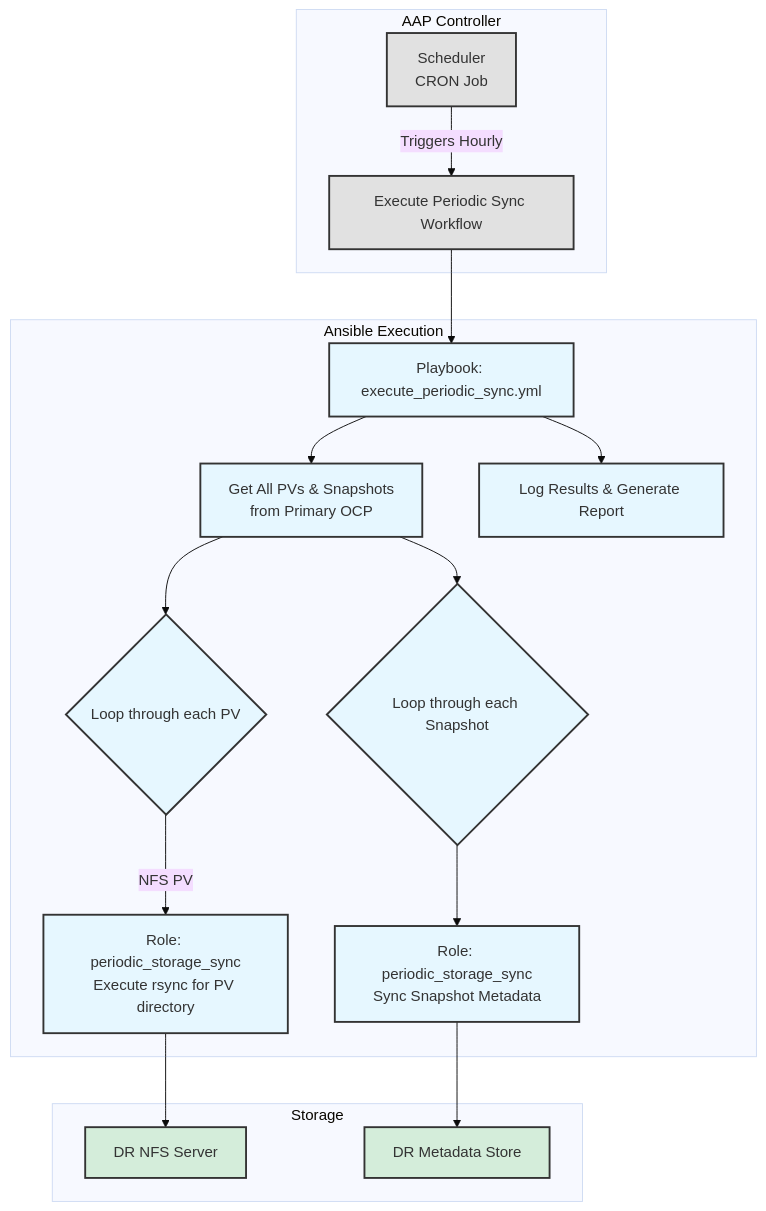
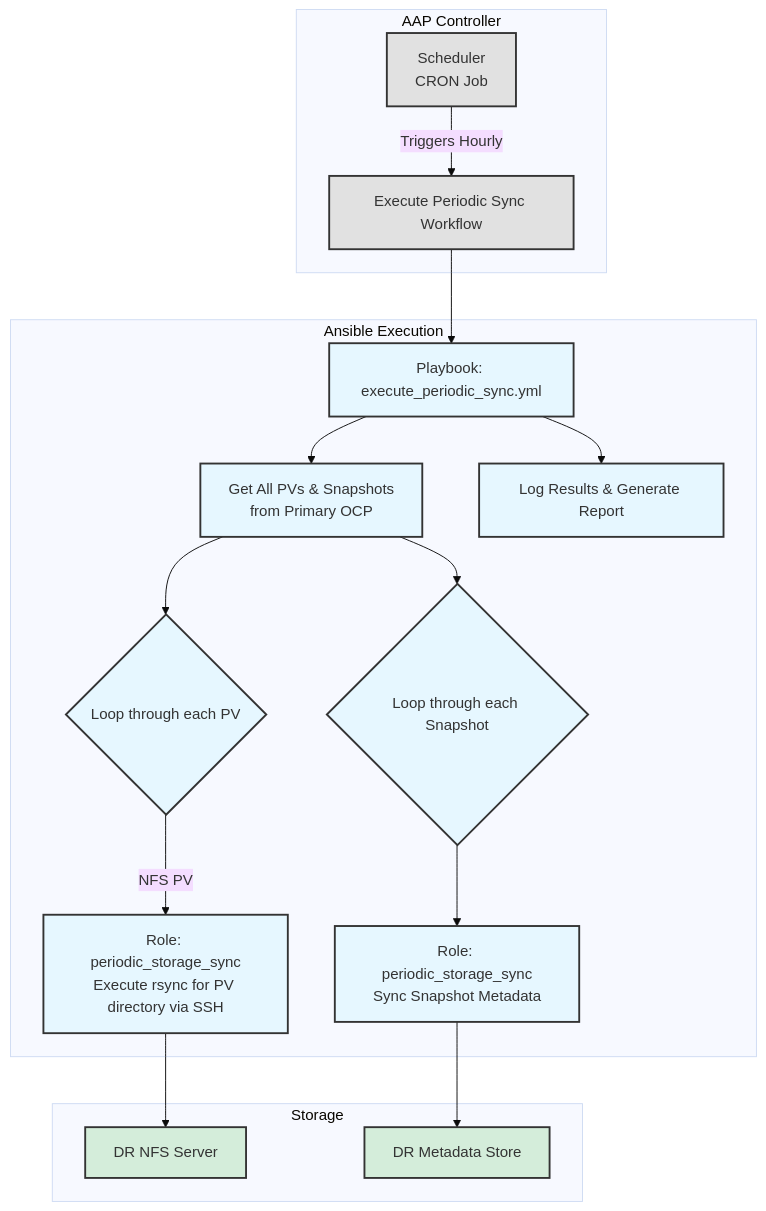
One commit to wangzheng422/ansible-dr-demo changed the second of 3 diagrams in planning/ansible-dr-design-en.md. Above: the diagram before and after it, drawn with Mermaid (base theme). The commit also changed other lines of this file and 2 other files, not shown here.

````diff
--- a/planning/ansible-dr-design-en.md
+++ b/planning/ansible-dr-design-en.md
@@ -49,33 +49,33 @@
 ```mermaid
 graph TD
     subgraph AAP Controller
         A[Scheduler<br>CRON Job] -- Triggers Hourly --> B[Execute Periodic Sync Workflow];
     end
 
     subgraph Ansible Execution
         B --> C[Playbook: execute_periodic_sync.yml];
         C --> D[Get All PVs & Snapshots<br>from Primary OCP];
         D --> E{Loop through each PV};
-        E -- NFS PV --> F[Role: periodic_storage_sync<br>Execute rsync for PV directory];
+        E -- NFS PV --> F[Role: periodic_storage_sync<br>Execute rsync for PV directory via SSH];
         D --> G{Loop through each Snapshot};
         G --> H[Role: periodic_storage_sync<br>Sync Snapshot Metadata];
         C --> I[Log Results & Generate Report];
     end
 
     subgraph Storage
         F --> J[DR NFS Server];
         H --> K[DR Metadata Store];
     end
 
     style A fill:#e1e1e1,stroke:#333,stroke-width:2px
     style B fill:#e1e1e1,stroke:#333,stroke-width:2px
     style C fill:#e6f7ff,stroke:#333,stroke-width:2px
     style D fill:#e6f7ff,stroke:#333,stroke-width:2px
     style E fill:#e6f7ff,stroke:#333,stroke-width:2px
     style F fill:#e6f7ff,stroke:#333,stroke-width:2px
     style G fill:#e6f7ff,stroke:#333,stroke-width:2px
     style H fill:#e6f7ff,stroke:#333,stroke-width:2px
     style I fill:#e6f7ff,stroke:#333,stroke-width:2px
     style J fill:#d4edda,stroke:#333,stroke-width:2px
     style K fill:#d4edda,stroke:#333,stroke-width:2px
 ```
````
